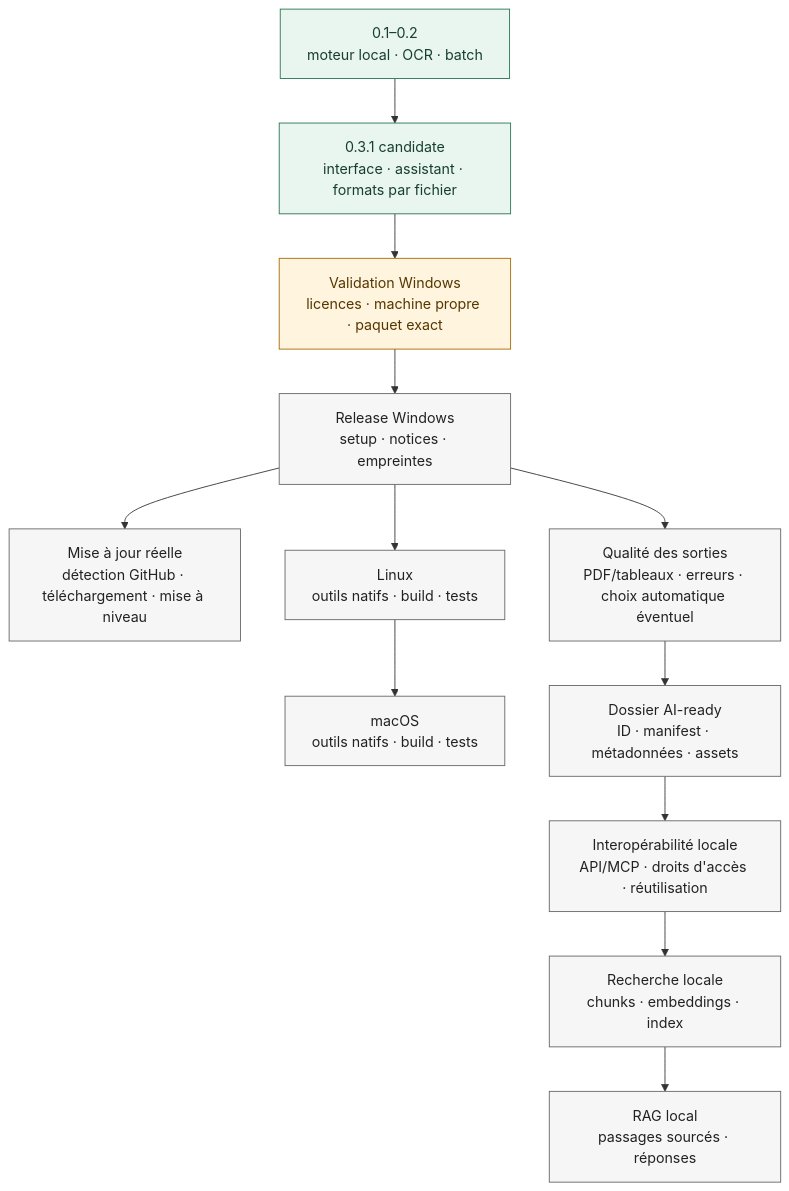
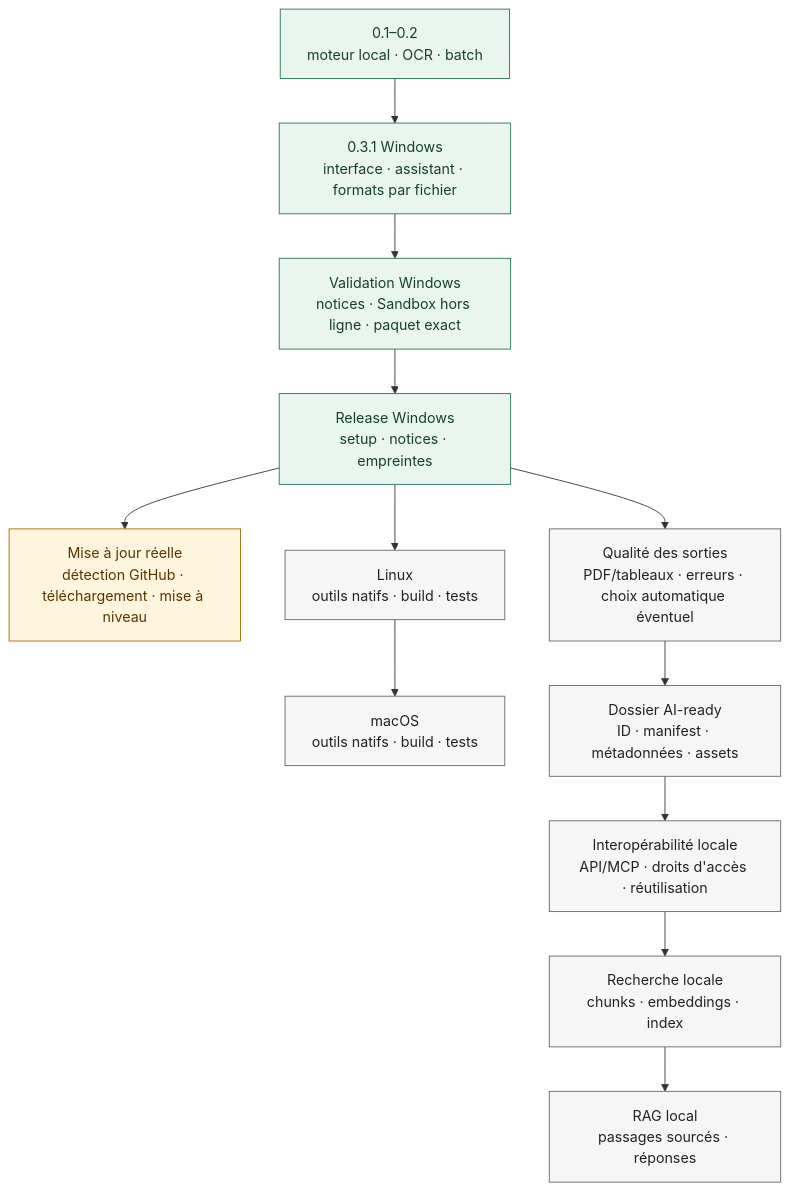
The diagram in docs/ROADMAP.md (ergocogn/local-ai-ready-converter-releases), drawn with Mermaid before and after one commit. The commit also changed other lines of this file and 13 other files, not shown here.

````diff
--- a/docs/ROADMAP.md
+++ b/docs/ROADMAP.md
@@ -7,20 +7,20 @@
 ```mermaid
 flowchart TB
-  A["0.1–0.2<br/>moteur local · OCR · batch"] --> B["0.3.1 candidate<br/>interface · assistant · formats par fichier"]
-  B --> C["Validation Windows<br/>licences · machine propre · paquet exact"]
+  A["0.1–0.2<br/>moteur local · OCR · batch"] --> B["0.3.1 Windows<br/>interface · assistant · formats par fichier"]
+  B --> C["Validation Windows<br/>notices · Sandbox hors ligne · paquet exact"]
   C --> D["Release Windows<br/>setup · notices · empreintes"]
   D --> U["Mise à jour réelle<br/>détection GitHub · téléchargement · mise à niveau"]
 
   D --> L["Linux<br/>outils natifs · build · tests"] --> M["macOS<br/>outils natifs · build · tests"]
   D --> Q["Qualité des sorties<br/>PDF/tableaux · erreurs · choix automatique éventuel"]
   Q --> F["Dossier AI-ready<br/>ID · manifest · métadonnées · assets"]
   F --> P["Interopérabilité locale<br/>API/MCP · droits d'accès · réutilisation"]
   P --> K["Recherche locale<br/>chunks · embeddings · index"] --> R["RAG local<br/>passages sourcés · réponses"]
 
   classDef fait fill:#e9f5ef,stroke:#287451,color:#173f2e
   classDef enCours fill:#fff4dd,stroke:#a56b00,color:#553600
   classDef futur fill:#f6f6f6,stroke:#666,color:#222
-  class A,B fait
-  class C enCours
-  class D,U,L,M,Q,F,P,K,R futur
+  class A,B,C,D fait
+  class U enCours
+  class L,M,Q,F,P,K,R futur
 ```
````
